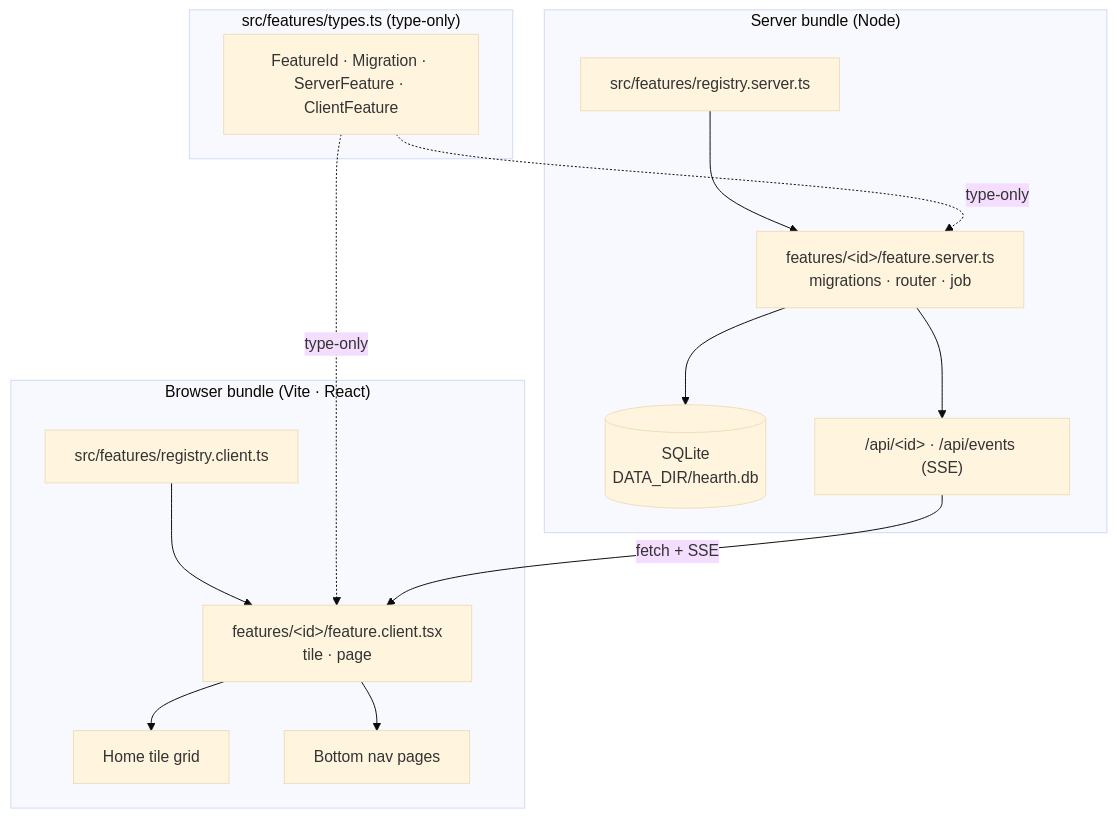
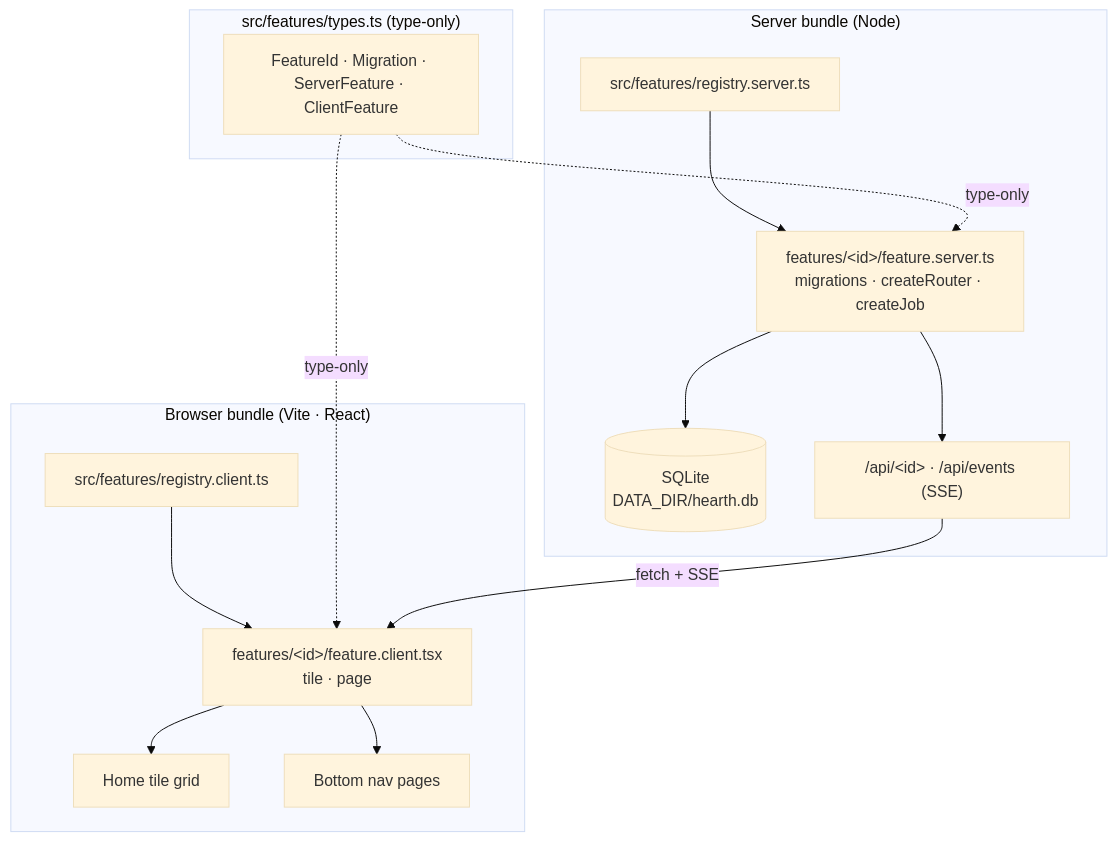
The diagram in docs/DESIGN.md (jordanjohnson56/hearth), drawn with Mermaid (base theme) before and after one commit. The commit also changed other lines of this file and 4 other files, not shown here.

````diff
--- a/docs/DESIGN.md
+++ b/docs/DESIGN.md
@@ -99,26 +99,26 @@
 ```mermaid
 graph TD
   subgraph shared["src/features/types.ts (type-only)"]
     T["FeatureId · Migration · ServerFeature · ClientFeature"]
   end
 
   subgraph server["Server bundle (Node)"]
     SR["src/features/registry.server.ts"]
-    SF["features/&lt;id&gt;/feature.server.ts<br/>migrations · router · job"]
+    SF["features/&lt;id&gt;/feature.server.ts<br/>migrations · createRouter · createJob"]
     SR --> SF
     SF --> DB[("SQLite<br/>DATA_DIR/hearth.db")]
     SF --> API["/api/&lt;id&gt; · /api/events (SSE)"]
   end
 
   subgraph client["Browser bundle (Vite · React)"]
     CR["src/features/registry.client.ts"]
     CF["features/&lt;id&gt;/feature.client.tsx<br/>tile · page"]
     CR --> CF
     CF --> HOME["Home tile grid"]
     CF --> NAV["Bottom nav pages"]
   end
 
   T -.type-only.-> SF
   T -.type-only.-> CF
   API -->|fetch + SSE| CF
 ```
````
